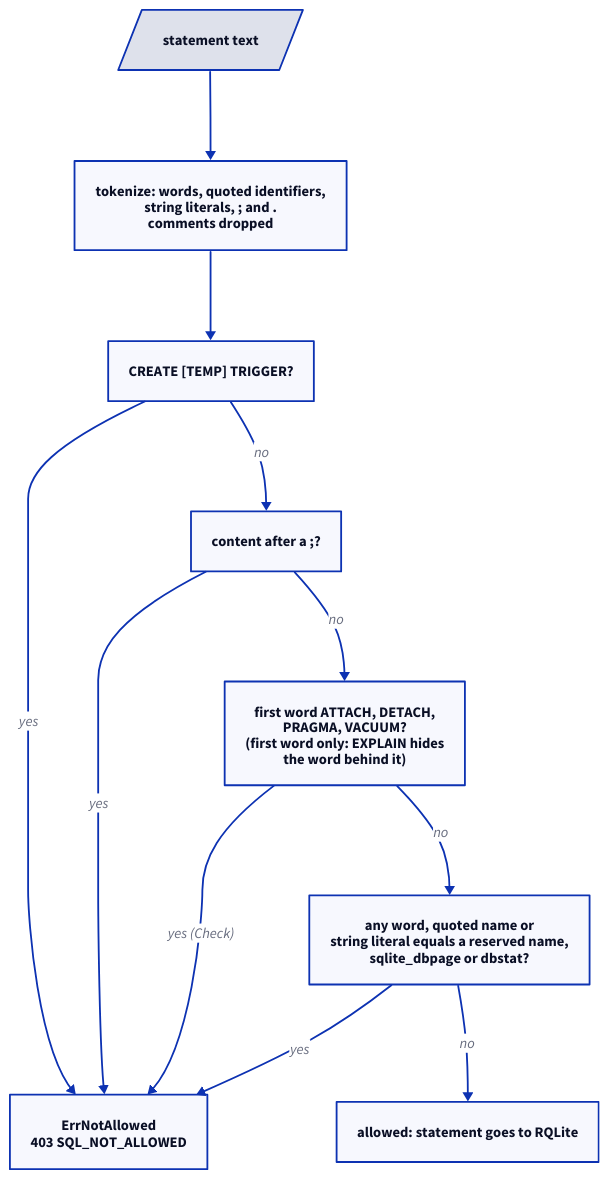
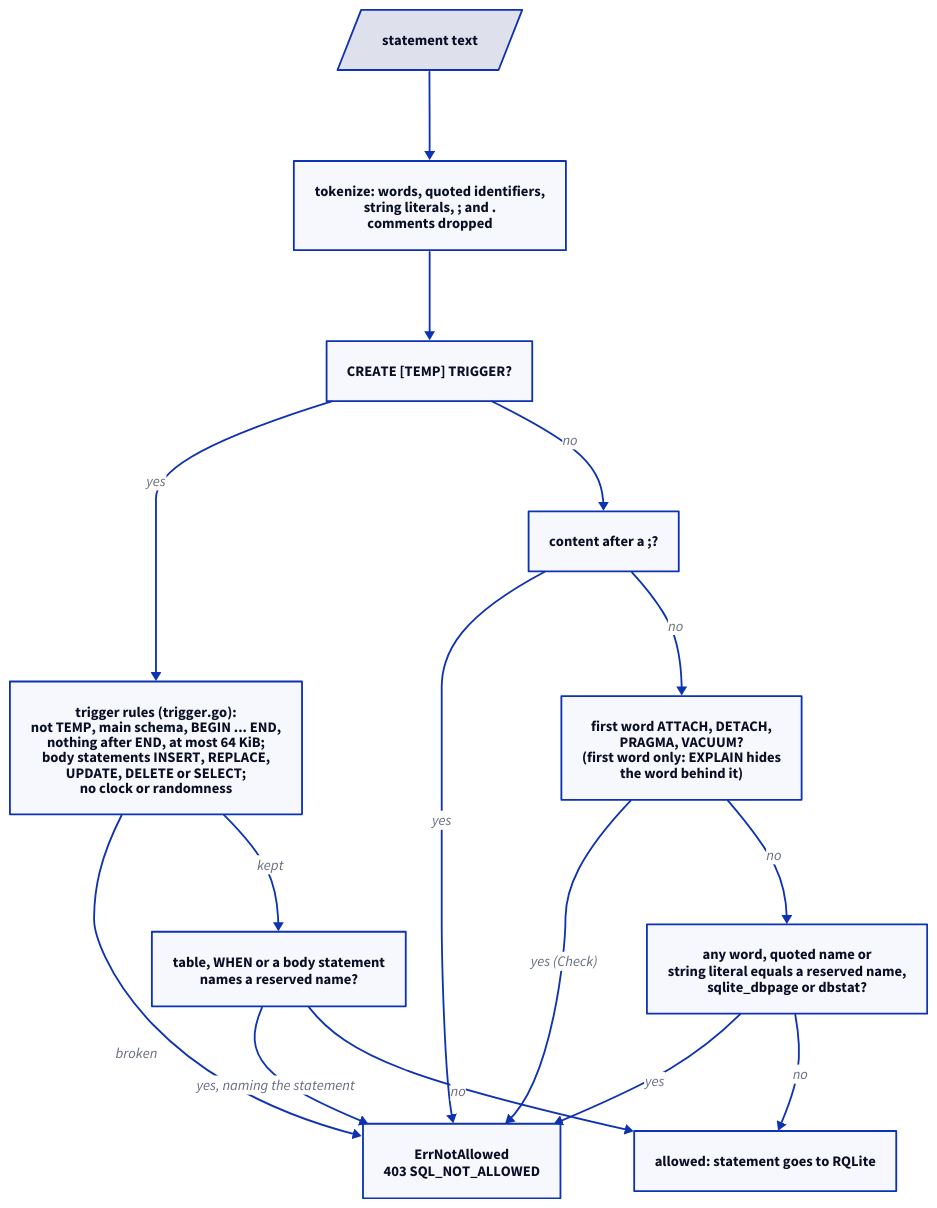
One commit to DeBrosOfficial/network changed the diagram in docs/whitepaper/technical-reference/diagrams/ch17-guard.d2. Above: the diagram before and after it, drawn with D2. The commit also changed 23 other files, not shown here.

```diff
--- a/docs/whitepaper/technical-reference/diagrams/ch17-guard.d2
+++ b/docs/whitepaper/technical-reference/diagrams/ch17-guard.d2
@@ -1,21 +1,27 @@
 direction: down
 
 in: "statement text" {shape: parallelogram}
 tok: "tokenize: words, quoted identifiers,\nstring literals, ; and .\ncomments dropped"
 trig: "CREATE [TEMP] TRIGGER?"
+trigrules: "trigger rules (trigger.go):\nnot TEMP, main schema, BEGIN ... END,\nnothing after END, at most 64 KiB;\nbody statements INSERT, REPLACE,\nUPDATE, DELETE or SELECT;\nno clock or randomness"
+tname: "table, WHEN or a body statement\nnames a reserved name?"
 semi: "content after a ;?"
 first: "first word ATTACH, DETACH,\nPRAGMA, VACUUM?\n(first word only: EXPLAIN hides\nthe word behind it)"
 name: "any word, quoted name or\nstring literal equals a reserved name,\nsqlite_dbpage or dbstat?"
 ok: "allowed: statement goes to RQLite"
 no: "ErrNotAllowed\n403 SQL_NOT_ALLOWED"
 
 in -> tok
 tok -> trig
-trig -> no: "yes"
+trig -> trigrules: "yes"
+trigrules -> no: "broken"
+trigrules -> tname: "kept"
+tname -> no: "yes, naming the statement"
+tname -> ok: "no"
 trig -> semi: "no"
 semi -> no: "yes"
 semi -> first: "no"
 first -> no: "yes (Check)"
 first -> name: "no"
 name -> no: "yes"
 name -> ok: "no"
```
